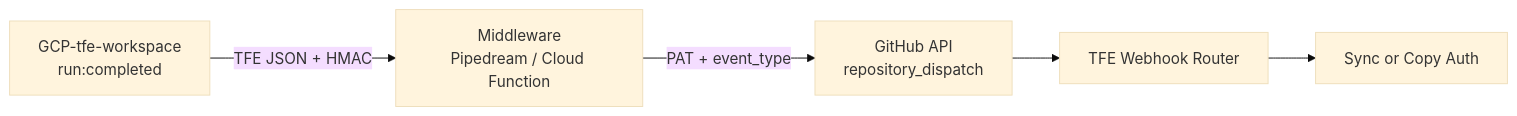
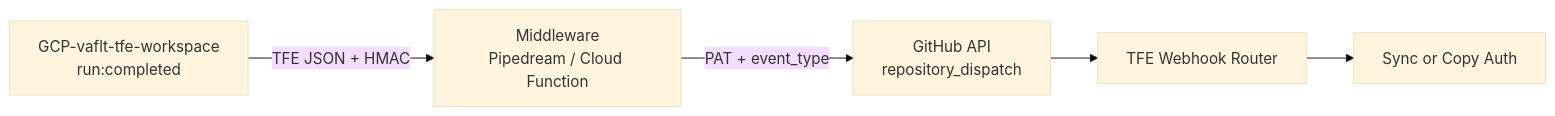
Before and after one commit to UttamGiri/GCP-Bootstrap: the second of 2 diagrams in docs/TFE-WEBHOOK-GITHUB.md, drawn with Mermaid (base theme). The commit also changed other lines of this file and 14 other files, not shown here.

First line of the commit message:
Configure vaflt bootstrap and workload TFE workspaces for new GCP project.

````diff
--- a/docs/TFE-WEBHOOK-GITHUB.md
+++ b/docs/TFE-WEBHOOK-GITHUB.md
@@ -126,13 +126,13 @@
 ```mermaid
 flowchart LR
-  TFE[GCP-tfe-workspace\nrun:completed]
+  TFE[GCP-vaflt-tfe-workspace\nrun:completed]
   MW[Middleware\nPipedream / Cloud Function]
   GH[GitHub API\nrepository_dispatch]
   R[TFE Webhook Router]
   S[Sync or Copy Auth]
 
   TFE -->|TFE JSON + HMAC| MW
   MW -->|PAT + event_type| GH
   GH --> R
   R --> S
 ```
````
